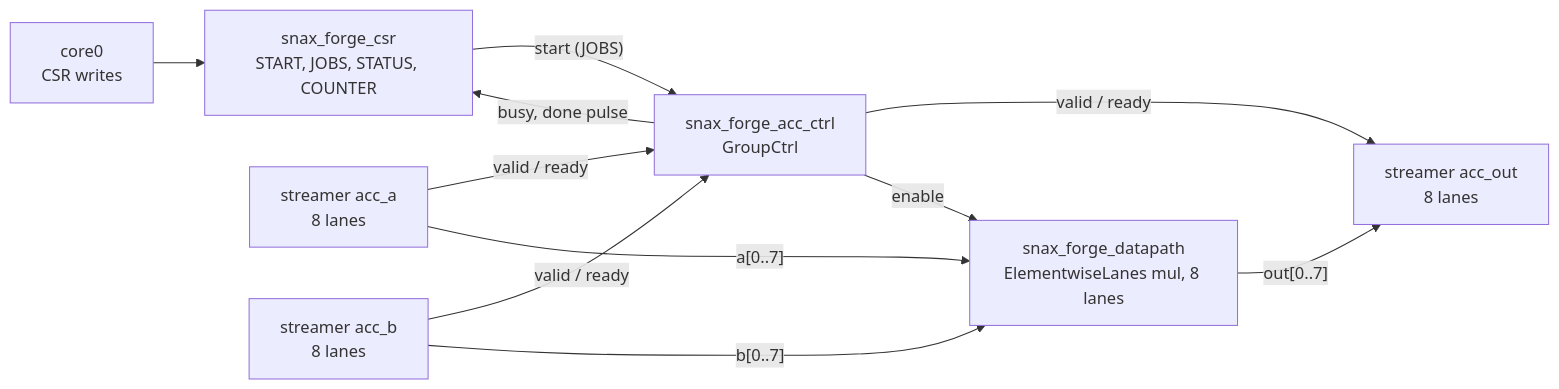
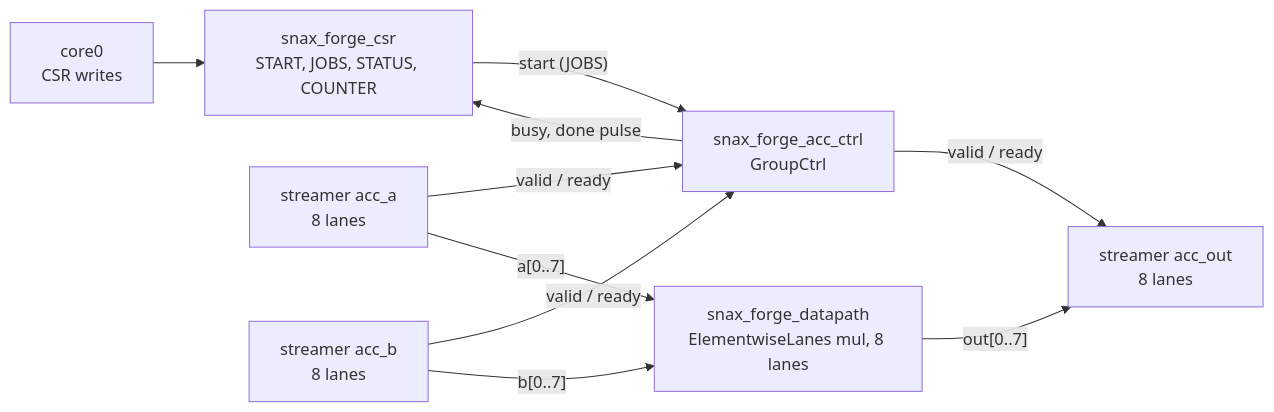
One commit to KULeuven-MICAS/snax-forge changed the diagram in examples/dryrun/1_vecmul.md. Above: the diagram before and after it, drawn with Mermaid. The commit also changed other lines of this file, not shown here.

````diff
--- a/examples/dryrun/1_vecmul.md
+++ b/examples/dryrun/1_vecmul.md
@@ -206,13 +206,12 @@
 ```mermaid
 flowchart LR
   core["core0<br/>CSR writes"] --> csr["snax_forge_csr<br/>START, JOBS, STATUS, COUNTER"]
   csr -- "start (JOBS)" --> ctrl["snax_forge_acc_ctrl<br/>GroupCtrl"]
   ctrl -- "busy, done pulse" --> csr
   sa["streamer acc_a<br/>8 lanes"] -- "valid / ready" --> ctrl
   sb["streamer acc_b<br/>8 lanes"] -- "valid / ready" --> ctrl
   ctrl -- "valid / ready" --> so["streamer acc_out<br/>8 lanes"]
   sa -- "a[0..7]" --> dp["snax_forge_datapath<br/>ElementwiseLanes mul, 8 lanes"]
   sb -- "b[0..7]" --> dp
   dp -- "out[0..7]" --> so
-  ctrl -- "enable" --> dp
 ```
````
